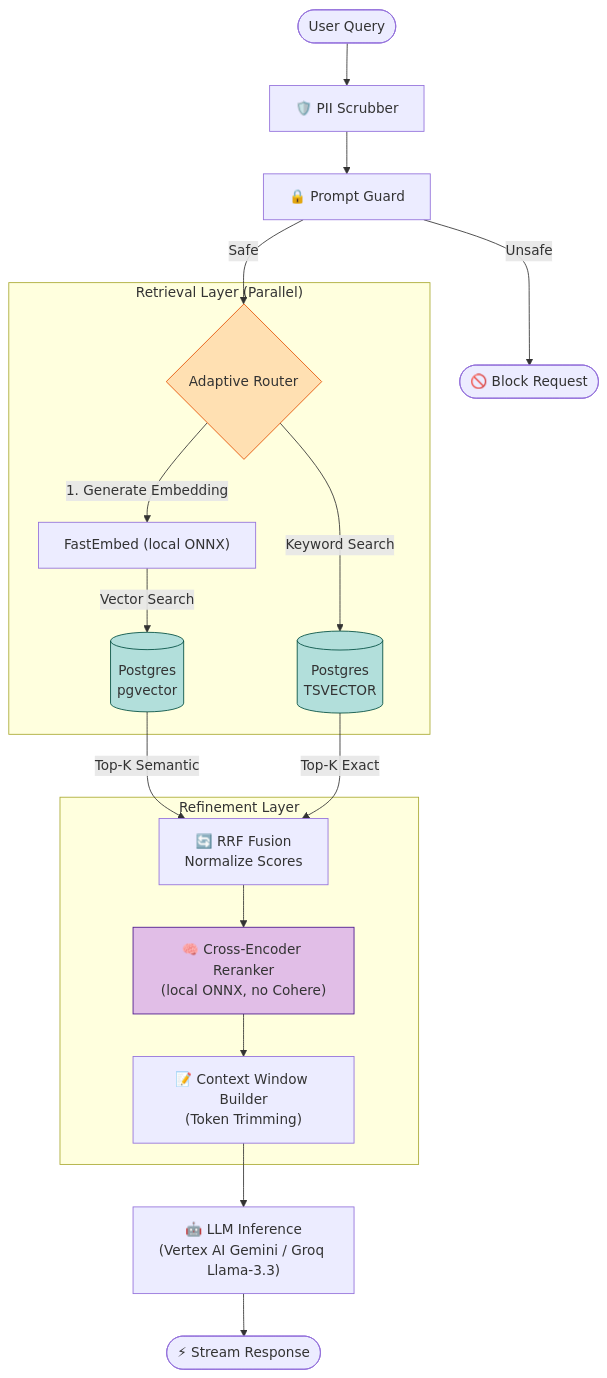
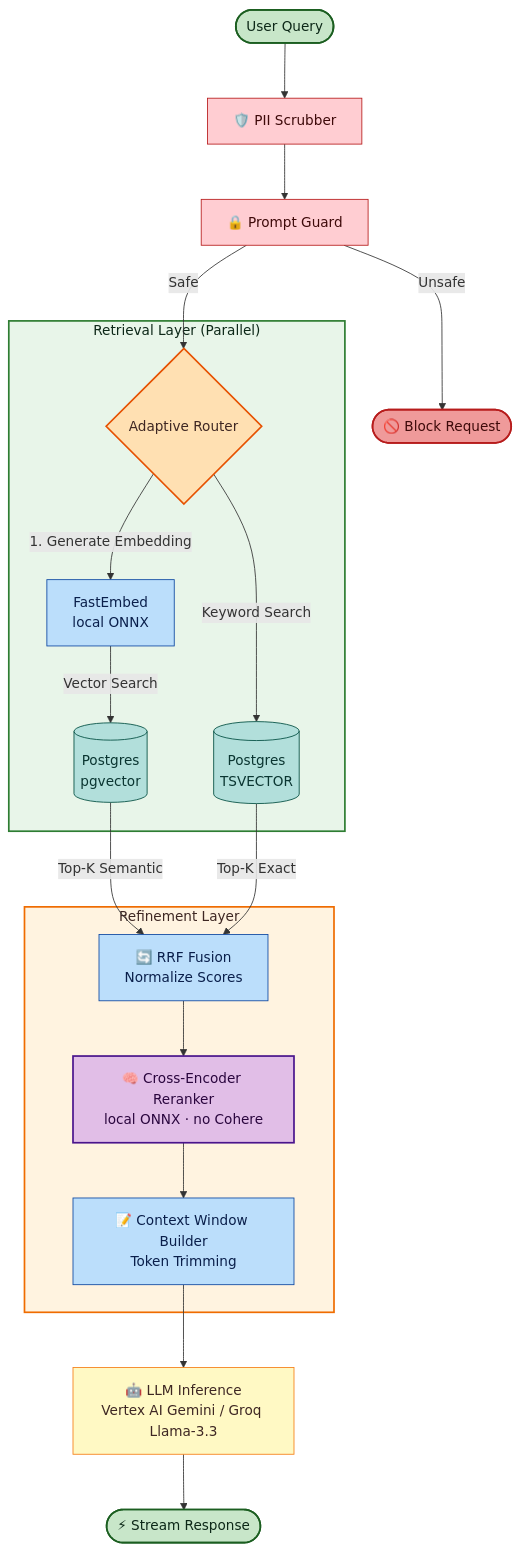
One commit to JMMAILabs/frugal-fortress-architecture changed the diagram in docs/diagrams/core/rag_pipeline.md. Above: the diagram before and after it, drawn with Mermaid. The commit also changed 9 other files, not shown here.

Commit message:
diagrams updated for legibility and updated changes

````diff
--- a/docs/diagrams/core/rag_pipeline.md
+++ b/docs/diagrams/core/rag_pipeline.md
@@ -5,33 +5,50 @@
 ```mermaid
+%%{init: {'theme':'default', 'flowchart':{'nodeSpacing':45, 'rankSpacing':65}}}%%
 flowchart TD
     Start([User Query]) --> PII["🛡️ PII Scrubber"]
     PII --> Guard["🔒 Prompt Guard"]
 
     Guard -->|Safe| Router{"Adaptive Router"}
     Guard -->|Unsafe| Block(["🚫 Block Request"])
 
-    subgraph "Retrieval Layer (Parallel)"
-        Router -->|1. Generate Embedding| Embed["FastEmbed (local ONNX)"]
+    subgraph Retrieval ["Retrieval Layer (Parallel)"]
+        Router -->|1. Generate Embedding| Embed["FastEmbed<br/>local ONNX"]
 
         Embed -->|Vector Search| PG_Vec[("Postgres<br/>pgvector")]
         Router -->|Keyword Search| PG_Text[("Postgres<br/>TSVECTOR")]
     end
 
     PG_Vec -->|Top-K Semantic| Merger
     PG_Text -->|Top-K Exact| Merger
 
-    subgraph "Refinement Layer"
+    subgraph Refinement ["Refinement Layer"]
         Merger["🔄 RRF Fusion<br/>Normalize Scores"]
-        Merger --> Rerank["🧠 Cross-Encoder Reranker<br/>(local ONNX, no Cohere)"]
-        Rerank --> Context["📝 Context Window Builder<br/>(Token Trimming)"]
+        Merger --> Rerank["🧠 Cross-Encoder Reranker<br/>local ONNX · no Cohere"]
+        Rerank --> Context["📝 Context Window Builder<br/>Token Trimming"]
     end
 
-    Context --> LLM["🤖 LLM Inference<br/>(Vertex AI Gemini / Groq Llama-3.3)"]
+    Context --> LLM["🤖 LLM Inference<br/>Vertex AI Gemini / Groq Llama-3.3"]
     LLM --> Stream(["⚡ Stream Response"])
 
-    %% Styling
-    style Router fill:#ffe0b2,stroke:#e65100
-    style Rerank fill:#e1bee7,stroke:#4a148c
-    style PG_Vec fill:#b2dfdb,stroke:#004d40
-    style PG_Text fill:#b2dfdb,stroke:#004d40
+    %% Subgraph styling
+    style Retrieval fill:#e8f5e9,stroke:#2e7d32,stroke-width:2px,color:#0d2818
+    style Refinement fill:#fff3e0,stroke:#ef6c00,stroke-width:2px,color:#3e2723
+
+    %% Node styling — explicit dark text for dark-mode readability
+    classDef start fill:#c8e6c9,stroke:#1b5e20,stroke-width:2px,color:#0d2818
+    classDef guard fill:#ffcdd2,stroke:#b71c1c,stroke-width:1px,color:#3e0a0a
+    classDef router fill:#ffe0b2,stroke:#e65100,stroke-width:2px,color:#3e2723
+    classDef compute fill:#bbdefb,stroke:#0d47a1,stroke-width:1px,color:#0a1f4b
+    classDef store fill:#b2dfdb,stroke:#004d40,stroke-width:1px,color:#0a3531
+    classDef rerank fill:#e1bee7,stroke:#4a148c,stroke-width:2px,color:#2a063e
+    classDef llm fill:#fff9c4,stroke:#f57f17,stroke-width:1px,color:#3e2723
+    classDef block fill:#ef9a9a,stroke:#b71c1c,stroke-width:2px,color:#3e0a0a
+    class Start,Stream start
+    class PII,Guard guard
+    class Router router
+    class Embed,Merger,Context compute
+    class PG_Vec,PG_Text store
+    class Rerank rerank
+    class LLM llm
+    class Block block
 ```
````
